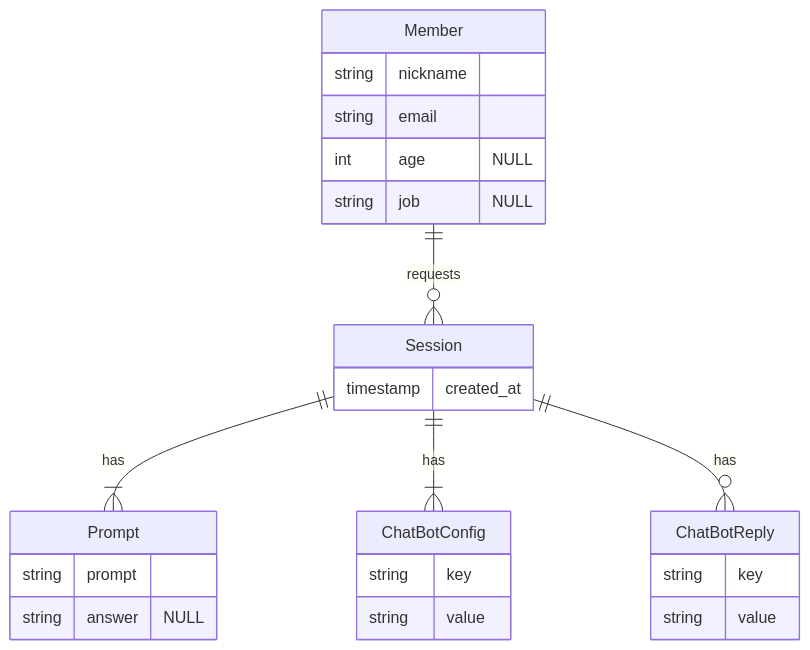
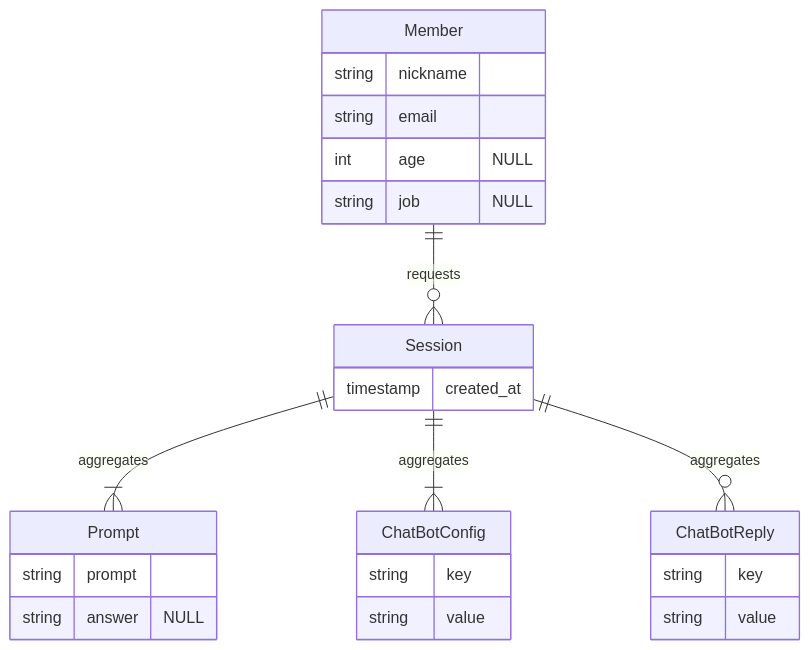
The third of 3 diagrams in docs/3차 프로젝트, ChatGPT를 이용한 챗봇 애플리케이션 - estsoft {Django, DRF}.md (ChoiWheatley/ChoiWheatley.github.io), drawn with Mermaid before and after one commit. The commit also changed other lines of this file, not shown here.

````diff
--- a/docs/3차 프로젝트, ChatGPT를 이용한 챗봇 애플리케이션 - estsoft {Django, DRF}.md
+++ b/docs/3차 프로젝트, ChatGPT를 이용한 챗봇 애플리케이션 - estsoft {Django, DRF}.md
@@ -170,33 +175,33 @@
 ```mermaid
 erDiagram
 	Member ||--o{ Session : requests
-	Session ||--|{ Prompt : has
-	Session ||--|{ ChatBotConfig : has
-	Session ||--o{ ChatBotReply : has
+	Session ||--|{ Prompt : aggregates
+	Session ||--|{ ChatBotConfig : aggregates
+	Session ||--o{ ChatBotReply : aggregates
 
 	Member {
 		string nickname
 		string email
 		int age "NULL"
 		string job "NULL"
 	}
 
 	Session {
 		timestamp created_at
 	}
 
 	Prompt {
 		string prompt
 		string answer "NULL"
 	}
 
 	ChatBotConfig {
 		string key
 		string value
 	}
 
 	ChatBotReply {
 		string key
 		string value
 	}
 ```
````
